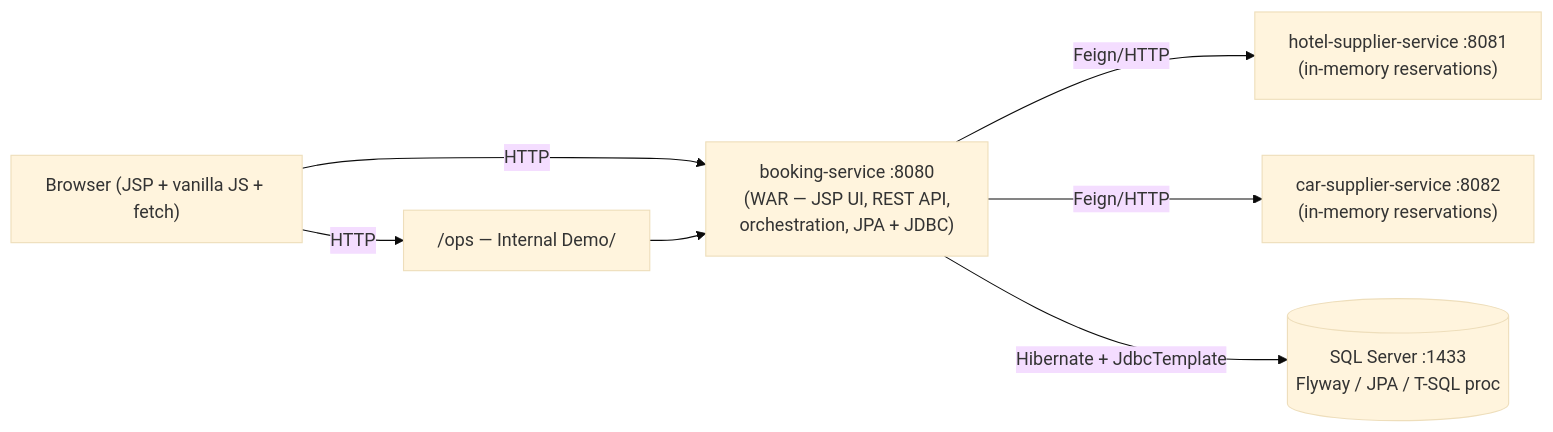
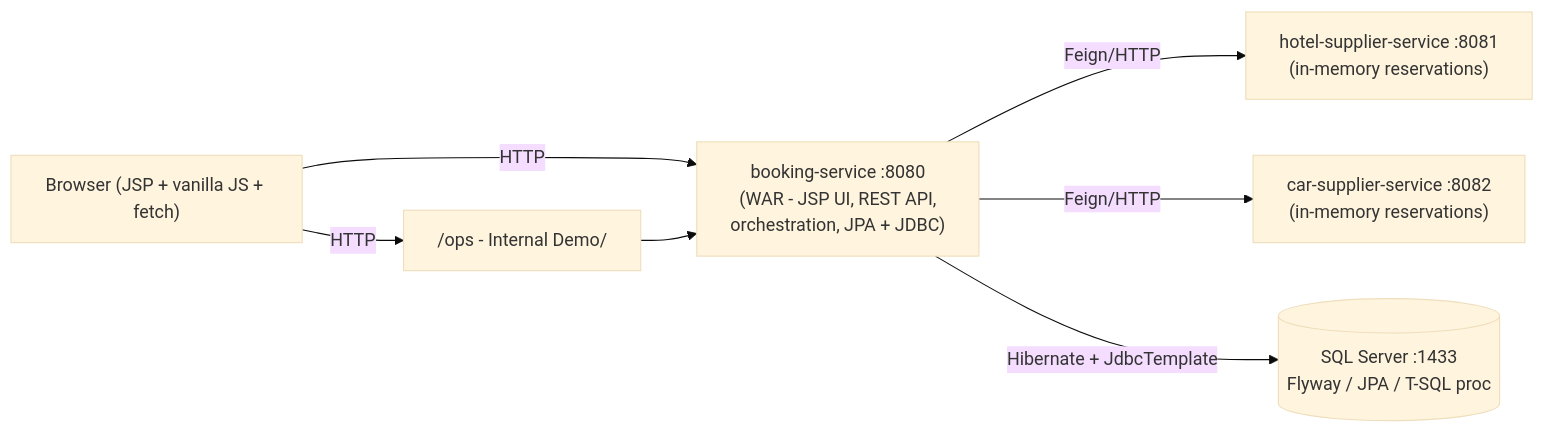
The first of 3 diagrams in README.md (blakestiles/Costco-Travels), drawn with Mermaid (base theme) before and after one commit. The commit also changed other lines of this file and 7 other files, not shown here.

````diff
--- a/README.md
+++ b/README.md
@@ -43,16 +43,16 @@
 ```mermaid
 flowchart LR
     Browser["Browser (JSP + vanilla JS + fetch)"]
-    Booking["booking-service :8080\n(WAR — JSP UI, REST API,\norchestration, JPA + JDBC)"]
+    Booking["booking-service :8080\n(WAR - JSP UI, REST API,\norchestration, JPA + JDBC)"]
     Hotel["hotel-supplier-service :8081\n(in-memory reservations)"]
     Car["car-supplier-service :8082\n(in-memory reservations)"]
     DB[("SQL Server :1433\nFlyway / JPA / T-SQL proc")]
-    Ops["/ops — Internal Demo/"]
+    Ops["/ops - Internal Demo/"]
 
     Browser -->|"HTTP"| Booking
     Booking -->|"Feign/HTTP"| Hotel
     Booking -->|"Feign/HTTP"| Car
     Booking -->|"Hibernate + JdbcTemplate"| DB
     Browser -->|"HTTP"| Ops
     Ops --> Booking
 ```
````
